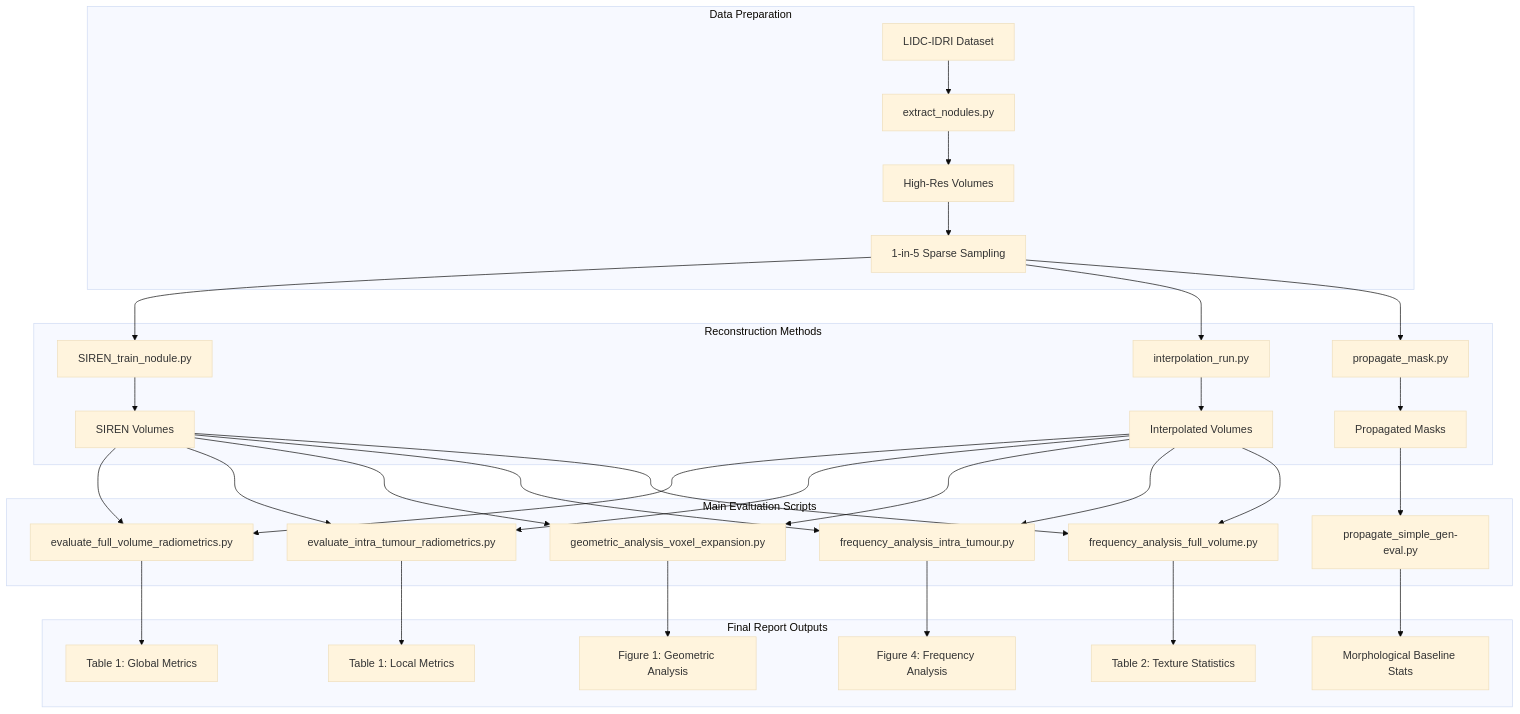
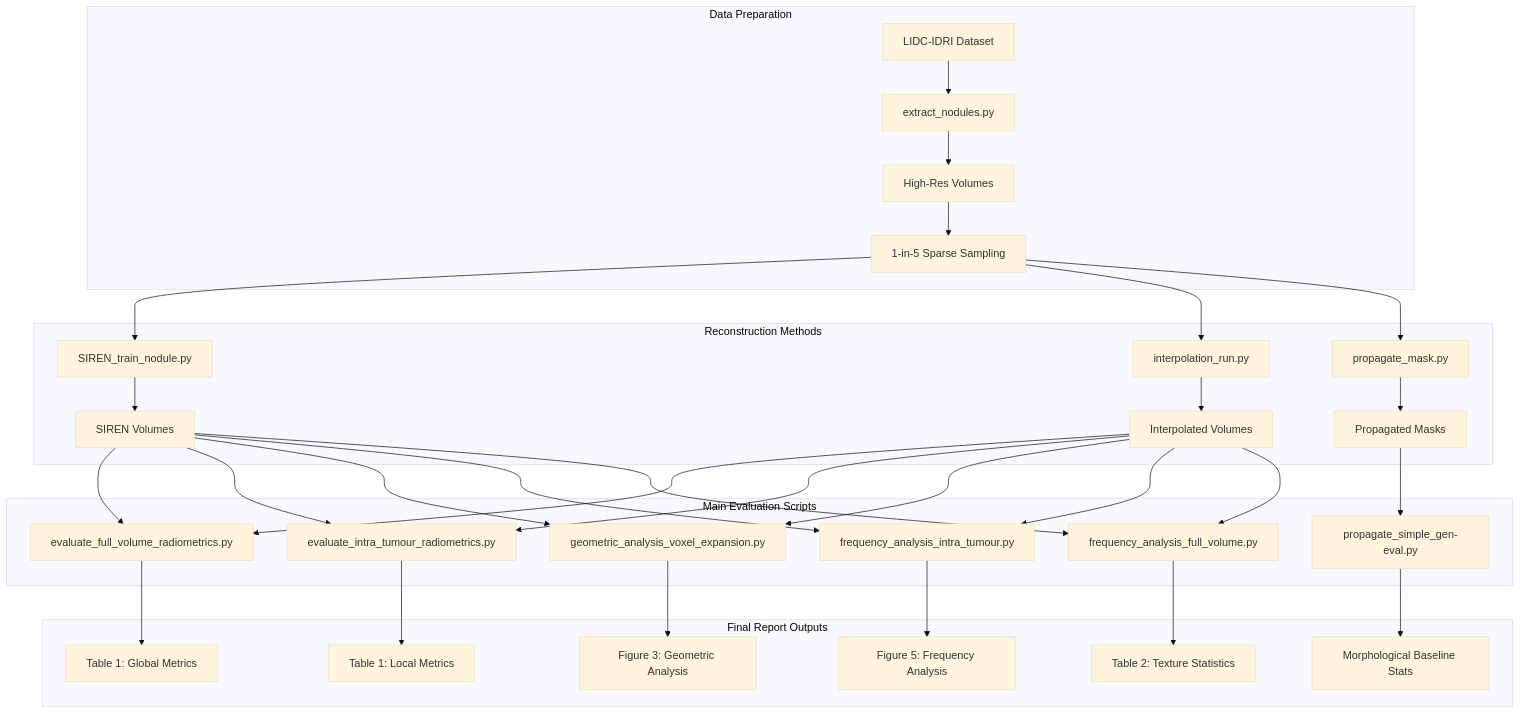
Before and after one commit to ac-ciano/INR-Sparse-CT-Reconstruction: the diagram in README.md, drawn with Mermaid (base theme). The commit also changed other lines of this file and 2 other files, not shown here.

````diff
--- a/README.md
+++ b/README.md
@@ -659,40 +673,40 @@
 ```mermaid
 flowchart TB
     subgraph DataPrep [Data Preparation]
         A[LIDC-IDRI Dataset] --> B[extract_nodules.py]
         B --> C[High-Res Volumes]
         C --> D[1-in-5 Sparse Sampling]
     end
     
     subgraph Reconstruction [Reconstruction Methods]
         D --> E1[SIREN_train_nodule.py]
         D --> E2[interpolation_run.py]
         D --> E3[propagate_mask.py]
         E1 --> F1[SIREN Volumes]
         E2 --> F2[Interpolated Volumes]
         E3 --> F3[Propagated Masks]
     end
     
     subgraph Evaluation [Main Evaluation Scripts]
         F1 --> G1[evaluate_full_volume_radiometrics.py]
         F2 --> G1
         F1 --> G2[evaluate_intra_tumour_radiometrics.py]
         F2 --> G2
         F1 --> G3[geometric_analysis_voxel_expansion.py]
         F2 --> G3
         F3 --> G4[propagate_simple_gen-eval.py]
         F1 --> G5[frequency_analysis_intra_tumour.py]
         F2 --> G5
         F1 --> G6[frequency_analysis_full_volume.py]
         F2 --> G6
     end
     
     subgraph Outputs [Final Report Outputs]
         G1 --> H1[Table 1: Global Metrics]
         G2 --> H2[Table 1: Local Metrics]
-        G3 --> H3[Figure 1: Geometric Analysis]
+        G3 --> H3[Figure 3: Geometric Analysis]
         G4 --> H4[Morphological Baseline Stats]
-        G5 --> H5[Figure 4: Frequency Analysis]
+        G5 --> H5[Figure 5: Frequency Analysis]
         G6 --> H6[Table 2: Texture Statistics]
     end
 ```
````
